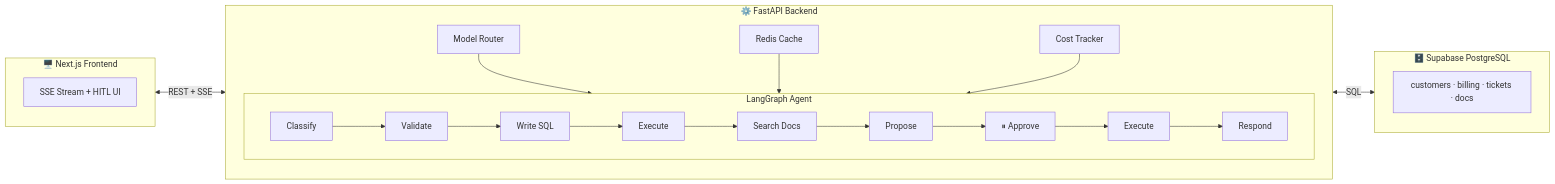
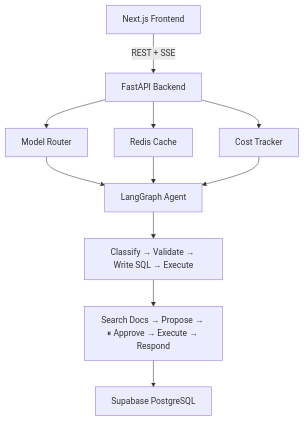
The diagram in README.md (edycutjong/aegis), drawn with Mermaid before and after one commit.

Commit message:
refactor: simplify and reorient the architecture flowchart in README.md from left-to-right to top-down.

````diff
--- a/README.md
+++ b/README.md
@@ -21,23 +21,11 @@
 ```mermaid
-flowchart LR
-    subgraph Frontend["🖥️ Next.js Frontend"]
-        UI["SSE Stream + HITL UI"]
-    end
-
-    subgraph Backend["⚙️ FastAPI Backend"]
-        MR["Model Router"] & RC["Redis Cache"] & CT["Cost Tracker"]
-        MR & RC & CT --> Agent
-        subgraph Agent["LangGraph Agent"]
-            direction LR
-            C["Classify"] --> V["Validate"] --> WS["Write SQL"] --> ES["Execute"]
-            ES --> SD["Search Docs"] --> PA["Propose"] --> HA["⏸ Approve"] --> EA["Execute"] --> GR["Respond"]
-        end
-    end
-
-    subgraph DB["🗄️ Supabase PostgreSQL"]
-        T["customers · billing · tickets · docs"]
-    end
-
-    Frontend <-- "REST + SSE" --> Backend
-    Backend <-- "SQL" --> DB
+flowchart TD
+    A["Next.js Frontend"] -- REST + SSE --> B["FastAPI Backend"]
+    B --> C["Model Router"]
+    B --> D["Redis Cache"]
+    B --> E["Cost Tracker"]
+    C & D & E --> F["LangGraph Agent"]
+    F --> G["Classify → Validate → Write SQL → Execute"]
+    G --> H["Search Docs → Propose → ⏸ Approve → Execute → Respond"]
+    H --> I["Supabase PostgreSQL"]
 ```
````
